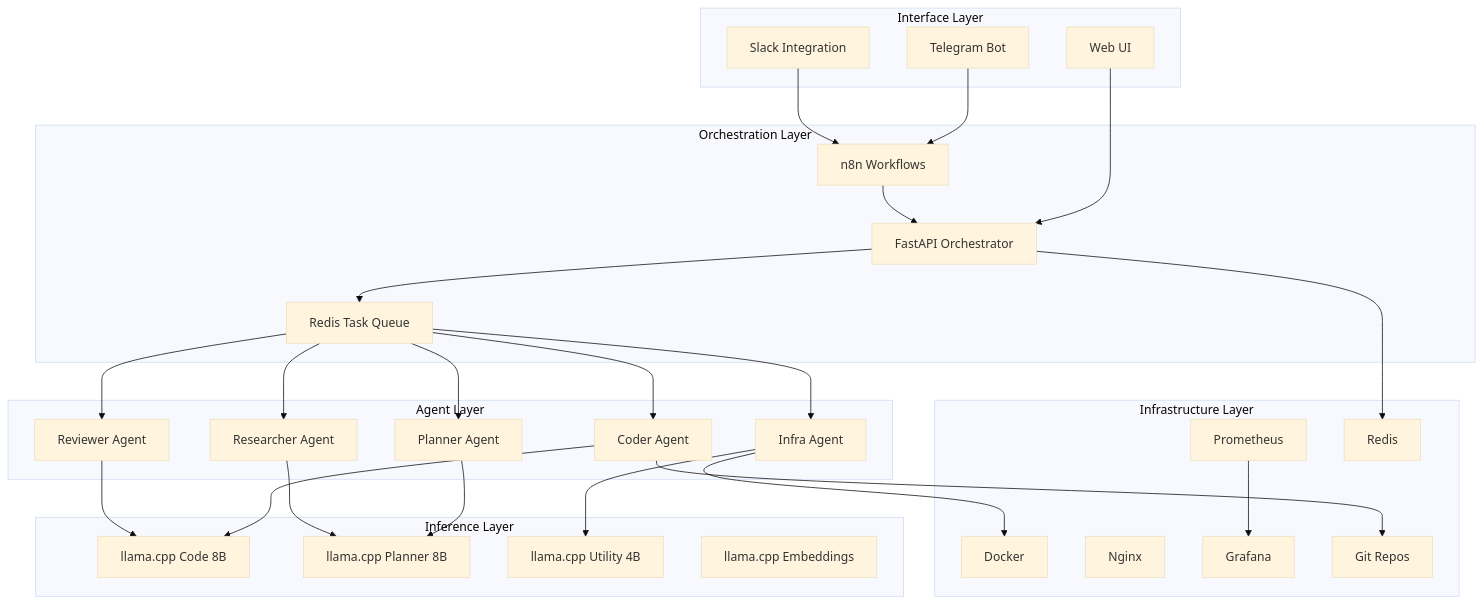
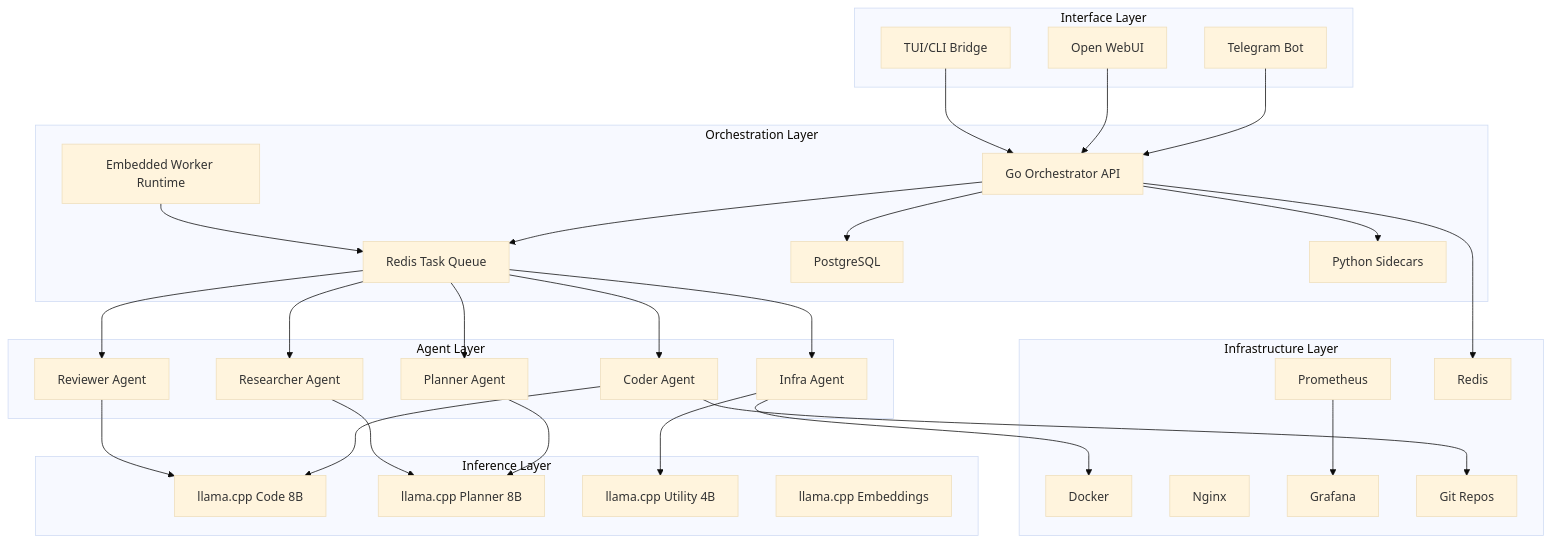
One commit to stratecode/ia-lab changed the first of 3 diagrams in docs/architecture/overview.md. Above: the diagram before and after it, drawn with Mermaid (base theme). The commit also changed other lines of this file and 119 other files, not shown here.

Commit message:
Remove legacy Python orchestrator runtime

````diff
--- a/docs/architecture/overview.md
+++ b/docs/architecture/overview.md
@@ -104,60 +106,64 @@
 ```mermaid
 graph TB
     subgraph "Interface Layer"
         TELEGRAM[Telegram Bot]
-        SLACK[Slack Integration]
-        WEBUI[Web UI]
+        WEBUI[Open WebUI]
+        TUI[TUI/CLI Bridge]
     end
 
     subgraph "Orchestration Layer"
-        N8N[n8n Workflows]
-        FASTAPI[FastAPI Orchestrator]
+        GOAPI[Go Orchestrator API]
+        GOWORKER[Embedded Worker Runtime]
         QUEUE[Redis Task Queue]
+        POSTGRES[PostgreSQL]
+        SIDECARS[Python Sidecars]
     end
 
     subgraph "Agent Layer"
         PLANNER[Planner Agent]
         CODER[Coder Agent]
         REVIEWER[Reviewer Agent]
         INFRA_AGENT[Infra Agent]
         RESEARCHER[Researcher Agent]
     end
 
     subgraph "Inference Layer"
         LLAMA_CODE[llama.cpp Code 8B]
         LLAMA_PLAN[llama.cpp Planner 8B]
         LLAMA_UTIL[llama.cpp Utility 4B]
         LLAMA_EMB[llama.cpp Embeddings]
     end
 
     subgraph "Infrastructure Layer"
         DOCKER[Docker]
         NGINX[Nginx]
         PROMETHEUS[Prometheus]
         GRAFANA[Grafana]
         REDIS[Redis]
         GIT[Git Repos]
     end
 
-    TELEGRAM --> N8N
-    SLACK --> N8N
-    WEBUI --> FASTAPI
-    N8N --> FASTAPI
-    FASTAPI --> QUEUE
+    TELEGRAM --> GOAPI
+    WEBUI --> GOAPI
+    TUI --> GOAPI
+    GOAPI --> QUEUE
+    GOAPI --> POSTGRES
+    GOAPI --> SIDECARS
+    GOWORKER --> QUEUE
     QUEUE --> PLANNER
     QUEUE --> CODER
     QUEUE --> REVIEWER
     QUEUE --> INFRA_AGENT
     QUEUE --> RESEARCHER
 
     PLANNER --> LLAMA_PLAN
     CODER --> LLAMA_CODE
     REVIEWER --> LLAMA_CODE
     INFRA_AGENT --> LLAMA_UTIL
     RESEARCHER --> LLAMA_PLAN
 
     CODER --> GIT
     INFRA_AGENT --> DOCKER
-    FASTAPI --> REDIS
+    GOAPI --> REDIS
     PROMETHEUS --> GRAFANA
 ```
````
